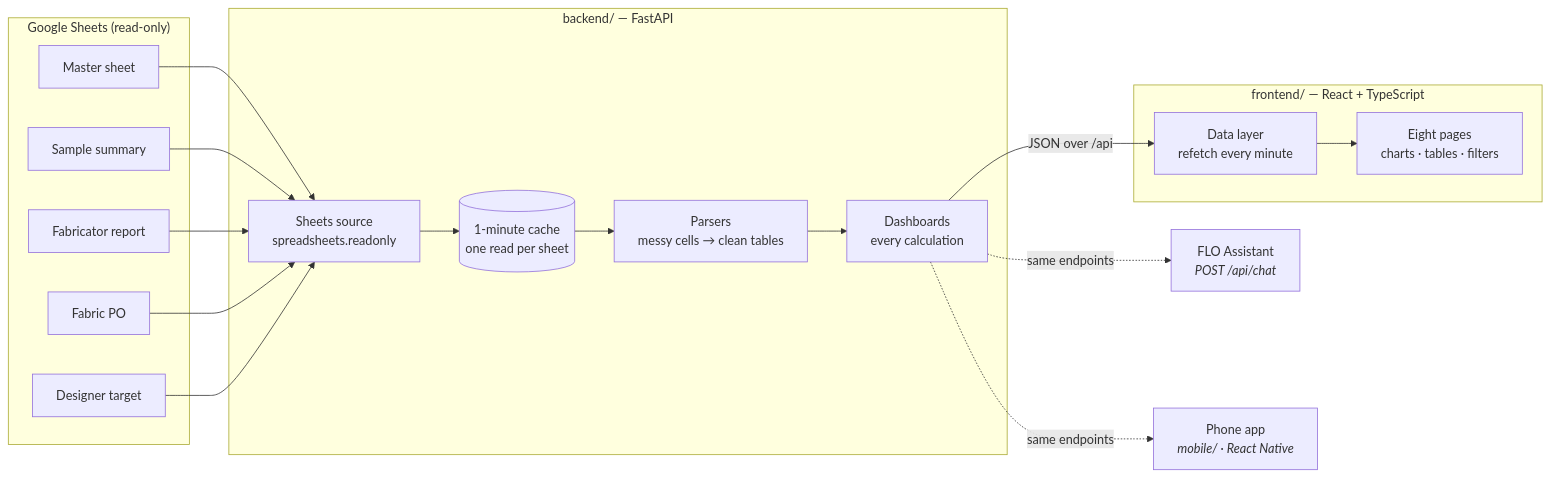
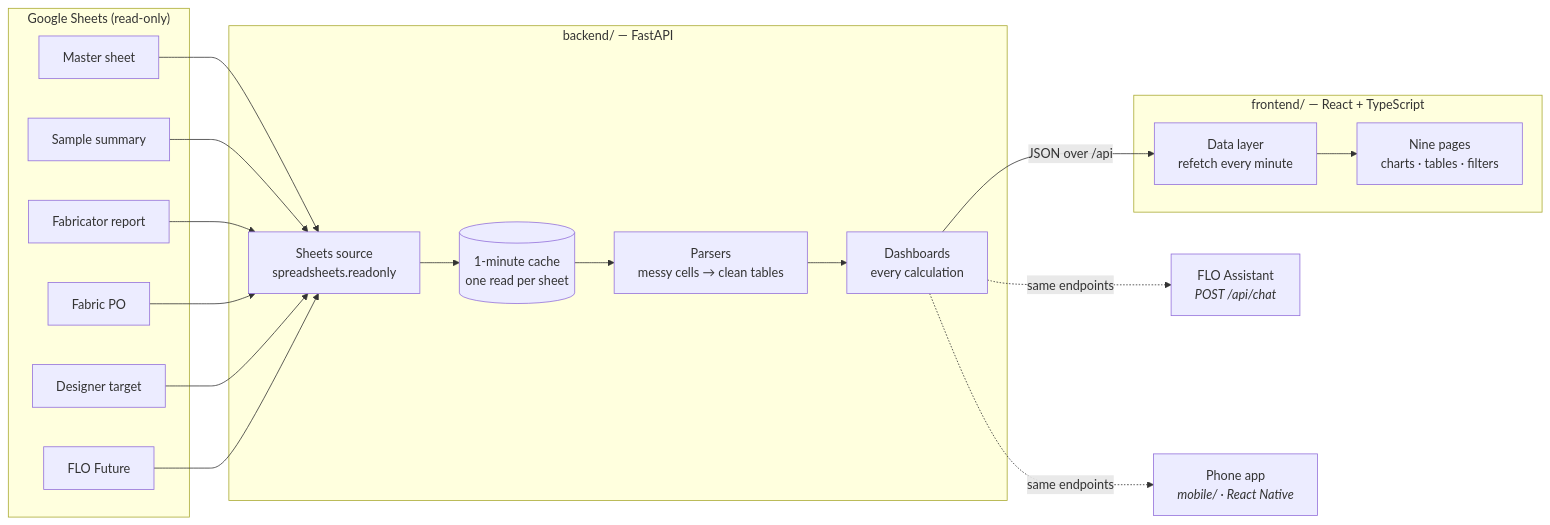
The diagram in README.md (akshatparashar/flo-dashboard), drawn with Mermaid before and after one commit. The commit also changed other lines of this file and 25 other files, not shown here.

First line of the commit message:
Add FLO Future page: designers' monthly promises, with chatbot support

````diff
--- a/README.md
+++ b/README.md
@@ -125,27 +131,28 @@
 ```mermaid
 flowchart LR
     subgraph Google["Google Sheets (read-only)"]
         A[Master sheet]
         B[Sample summary]
         C[Fabricator report]
         D[Fabric PO]
         E[Designer target]
+        F[FLO Future]
     end
 
     subgraph API["backend/ — FastAPI"]
         S[Sheets source<br/>spreadsheets.readonly]
         K[(1-minute cache<br/>one read per sheet)]
         P[Parsers<br/>messy cells → clean tables]
         X[Dashboards<br/>every calculation]
     end
 
     subgraph Web["frontend/ — React + TypeScript"]
         Q[Data layer<br/>refetch every minute]
-        U[Eight pages<br/>charts · tables · filters]
+        U[Nine pages<br/>charts · tables · filters]
     end
 
-    A & B & C & D & E --> S --> K --> P --> X
+    A & B & C & D & E & F --> S --> K --> P --> X
     X -- "JSON over /api" --> Q --> U
     X -. "same endpoints" .-> AI[FLO Assistant<br/><i>POST /api/chat</i>]
     X -. "same endpoints" .-> RN[Phone app<br/><i>mobile/ · React Native</i>]
 ```
````
